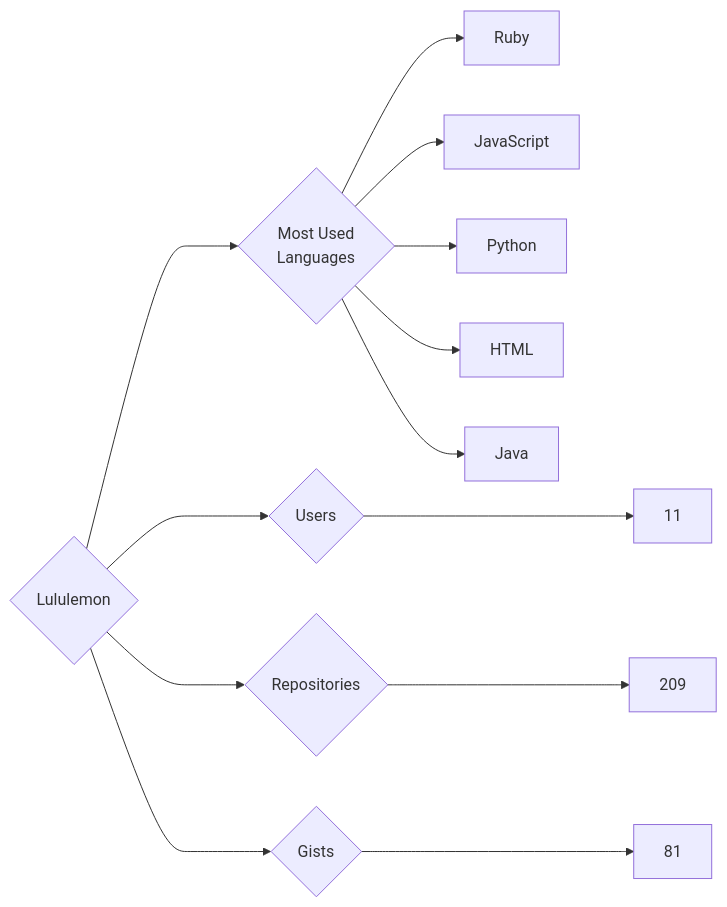
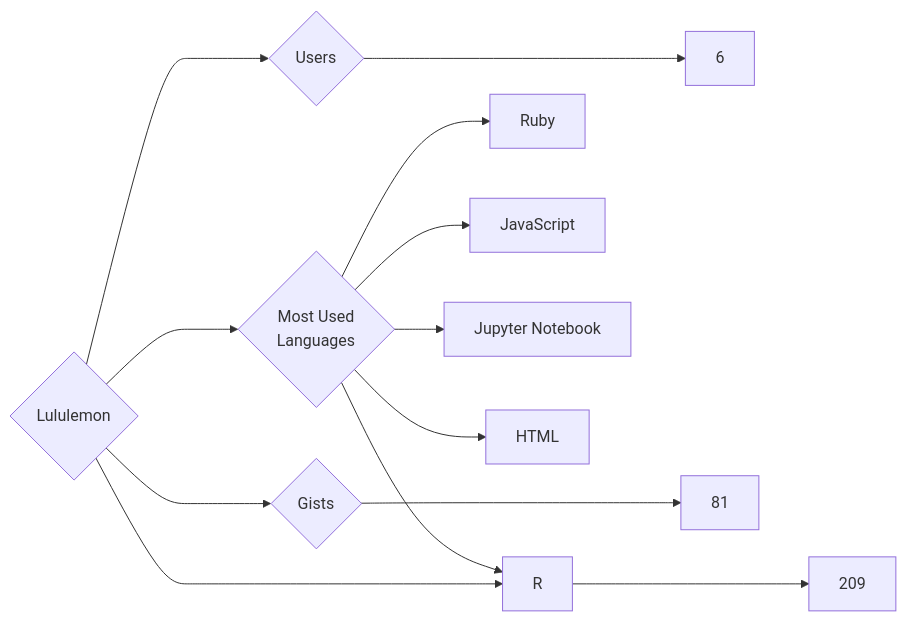
The diagram in targets/Lululemon/README.md (trickest/insiders), drawn with Mermaid before and after one commit. The commit also changed 845 other files, not shown here.

````diff
--- a/targets/Lululemon/README.md
+++ b/targets/Lululemon/README.md
@@ -3,13 +3,13 @@
 ```mermaid
 graph LR
 COMPANY_NAME{Lululemon}
-COMPANY_NAME ---> U{Users} ---> UN[11]
+COMPANY_NAME ---> U{Users} ---> UN[6]
 COMPANY_NAME ---> R{Repositories} ---> RN[209]
 COMPANY_NAME ---> G{Gists} ---> GN[81]
 COMPANY_NAME ---> ML{Most Used<br>Languages}
 ML --> Ruby[Ruby]
 ML --> JavaScript[JavaScript]
-ML --> Python[Python]
+ML --> Jupyter_Notebook[Jupyter Notebook]
 ML --> HTML[HTML]
-ML --> Java[Java]
+ML --> R[R]
 ```
````
